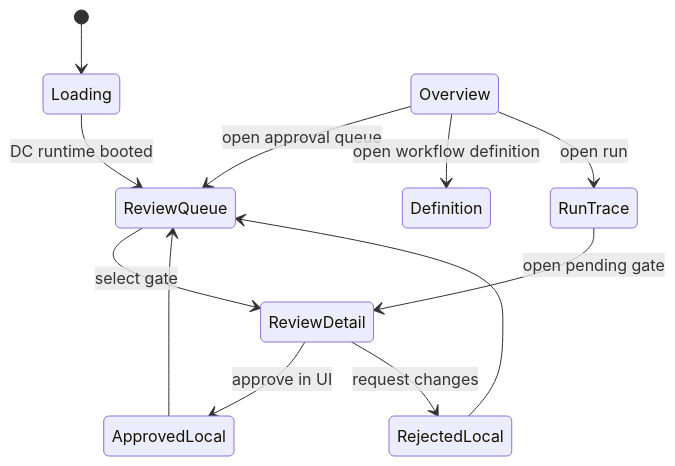
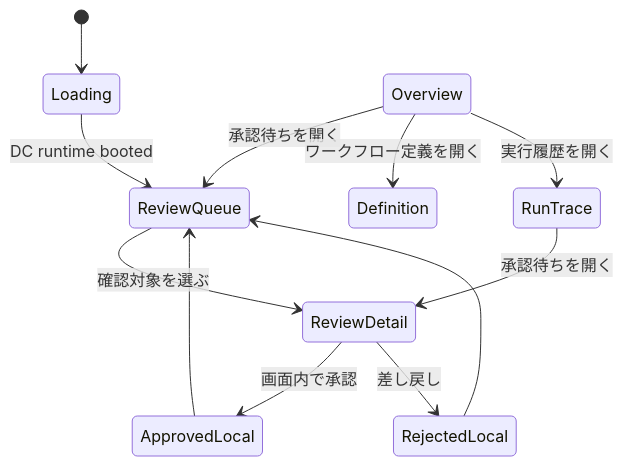
Before and after one commit to Unson-LLC/brainbase: the second of 2 diagrams in docs/architecture/meeting-workflow-pack-cockpit-ui-architecture.md, drawn with Mermaid. The commit also changed other lines of this file and 4 other files, not shown here.

````diff
--- a/docs/architecture/meeting-workflow-pack-cockpit-ui-architecture.md
+++ b/docs/architecture/meeting-workflow-pack-cockpit-ui-architecture.md
@@ -58,14 +58,14 @@
 ```mermaid
 stateDiagram-v2
   [*] --> Loading
   Loading --> ReviewQueue: DC runtime booted
-  Overview --> ReviewQueue: open approval queue
-  Overview --> Definition: open workflow definition
-  ReviewQueue --> ReviewDetail: select gate
-  ReviewDetail --> ApprovedLocal: approve in UI
-  ReviewDetail --> RejectedLocal: request changes
+  Overview --> ReviewQueue: 承認待ちを開く
+  Overview --> Definition: ワークフロー定義を開く
+  ReviewQueue --> ReviewDetail: 確認対象を選ぶ
+  ReviewDetail --> ApprovedLocal: 画面内で承認
+  ReviewDetail --> RejectedLocal: 差し戻し
   ApprovedLocal --> ReviewQueue
   RejectedLocal --> ReviewQueue
-  Overview --> RunTrace: open run
-  RunTrace --> ReviewDetail: open pending gate
+  Overview --> RunTrace: 実行履歴を開く
+  RunTrace --> ReviewDetail: 承認待ちを開く
 ```
````
